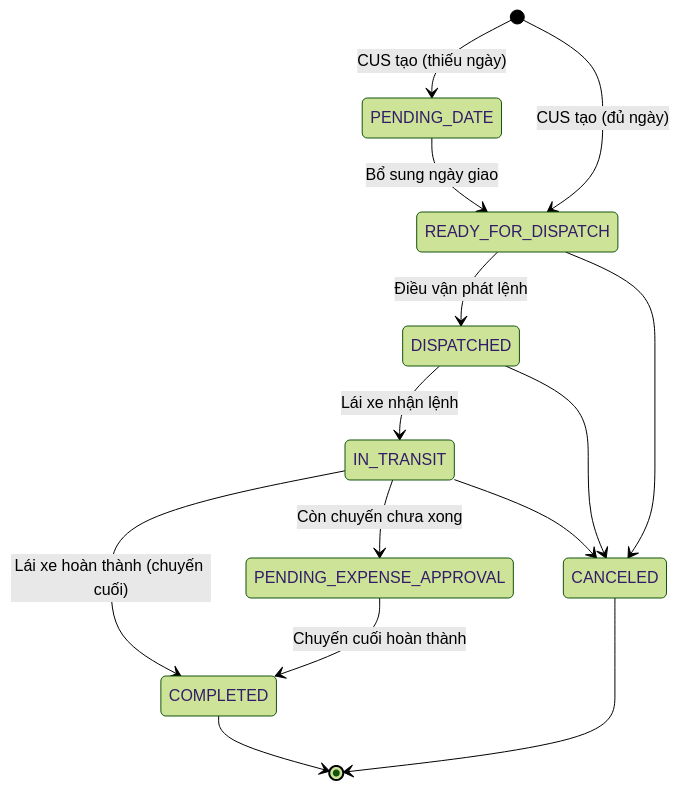
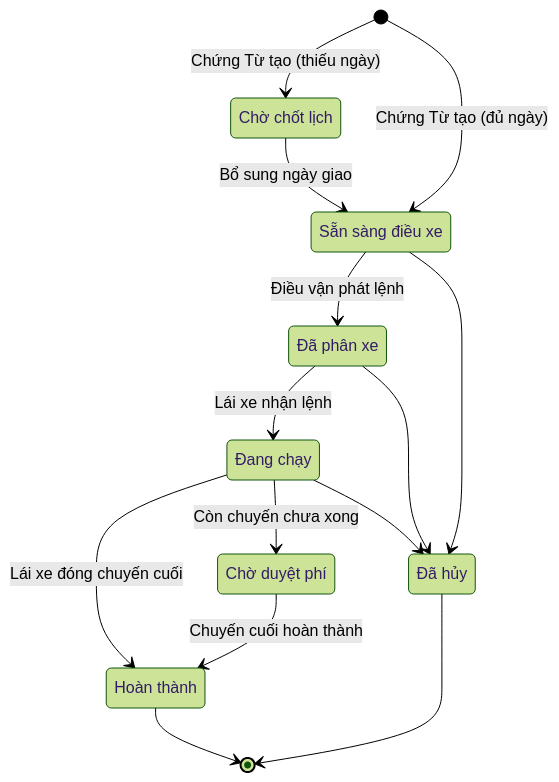
One commit to 4rankng/silversea changed the second of 7 diagrams in docs/prd/quy-trinh-cus-dieuvan-laixe.md. Above: the diagram before and after it, drawn with Mermaid (forest theme). The commit also changed other lines of this file, not shown here.

````diff
--- a/docs/prd/quy-trinh-cus-dieuvan-laixe.md
+++ b/docs/prd/quy-trinh-cus-dieuvan-laixe.md
@@ -57,19 +57,24 @@
 ```mermaid
 stateDiagram-v2
-    [*] --> PENDING_DATE : CUS tạo (thiếu ngày)
-    [*] --> READY_FOR_DISPATCH : CUS tạo (đủ ngày)
+    state "Chờ chốt lịch" as choLich
+    state "Sẵn sàng điều xe" as sanSang
+    state "Đã phân xe" as phanXe
+    state "Đang chạy" as dangChay
+    state "Chờ duyệt phí" as choPhi
+    state "Hoàn thành" as xong
+    state "Đã hủy" as huy
 
-    PENDING_DATE --> READY_FOR_DISPATCH : Bổ sung ngày giao
-    READY_FOR_DISPATCH --> DISPATCHED : Điều vận phát lệnh
-    DISPATCHED --> IN_TRANSIT : Lái xe nhận lệnh
-    IN_TRANSIT --> COMPLETED : Lái xe hoàn thành (chuyến cuối)
-    IN_TRANSIT --> PENDING_EXPENSE_APPROVAL : Còn chuyến chưa xong
-    PENDING_EXPENSE_APPROVAL --> COMPLETED : Chuyến cuối hoàn thành
-
-    READY_FOR_DISPATCH --> CANCELED
-    DISPATCHED --> CANCELED
-    IN_TRANSIT --> CANCELED
-
-    COMPLETED --> [*]
-    CANCELED --> [*]
+    [*] --> choLich : Chứng Từ tạo (thiếu ngày)
+    [*] --> sanSang : Chứng Từ tạo (đủ ngày)
+    choLich --> sanSang : Bổ sung ngày giao
+    sanSang --> phanXe : Điều vận phát lệnh
+    phanXe --> dangChay : Lái xe nhận lệnh
+    dangChay --> xong : Lái xe đóng chuyến cuối
+    dangChay --> choPhi : Còn chuyến chưa xong
+    choPhi --> xong : Chuyến cuối hoàn thành
+    sanSang --> huy
+    phanXe --> huy
+    dangChay --> huy
+    xong --> [*]
+    huy --> [*]
 ```
````
